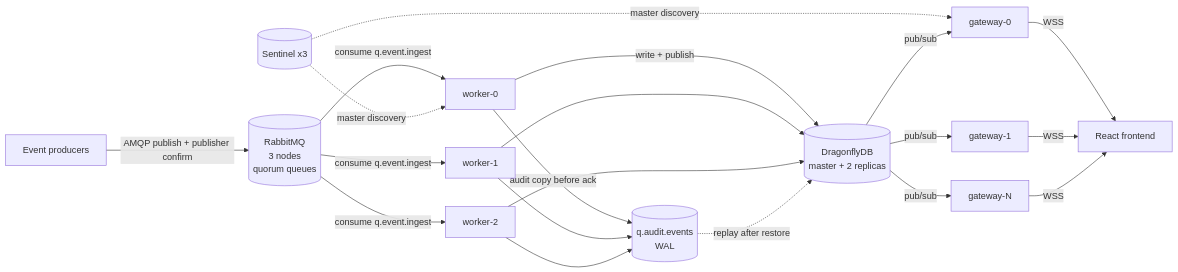
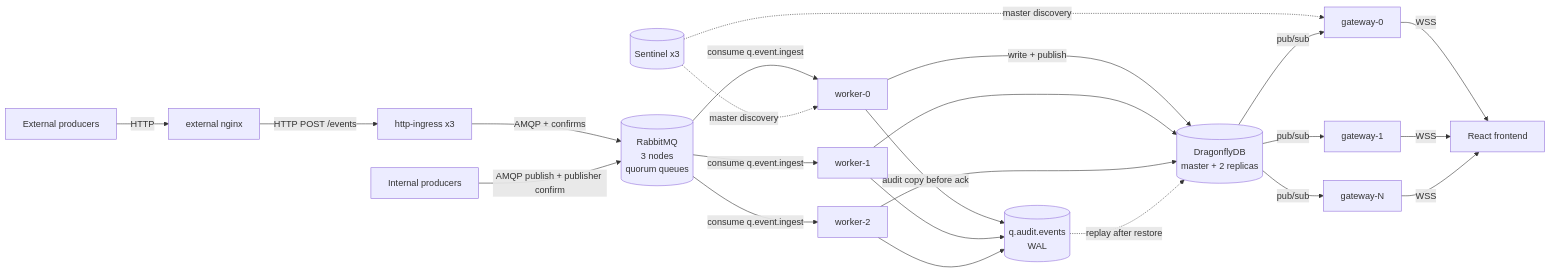
The diagram in docs/architecture.md (cucumberone/fire-watch), drawn with Mermaid before and after one commit. The commit also changed other lines of this file and 102 other files, not shown here.

Commit message:
added event ingress handler

````diff
--- a/docs/architecture.md
+++ b/docs/architecture.md
@@ -34,23 +35,26 @@
 ```mermaid
 flowchart LR
-  P[Event producers] -->|AMQP publish + publisher confirm| RMQ[(RabbitMQ<br/>3 nodes<br/>quorum queues)]
+  EXT[External producers] -->|HTTP| NGX[external nginx]
+  NGX -->|HTTP POST /events| ING[http-ingress x3]
+  ING -->|AMQP + confirms| RMQ[(RabbitMQ<br/>3 nodes<br/>quorum queues)]
+  P[Internal producers] -->|AMQP publish + publisher confirm| RMQ
   RMQ -->|consume q.event.ingest| W1[worker-0]
   RMQ -->|consume q.event.ingest| W2[worker-1]
   RMQ -->|consume q.event.ingest| W3[worker-2]
   W1 -->|write + publish| DF
   W2 --> DF
   W3 --> DF
   W1 -->|audit copy before ack| AUD[(q.audit.events<br/>WAL)]
   W2 --> AUD
   W3 --> AUD
   AUD -.->|replay after restore| DF
   DF[(DragonflyDB<br/>master + 2 replicas)]
   S[(Sentinel x3)] -.->|master discovery| W1
   S -.->|master discovery| G1
   DF -->|pub/sub| G1[gateway-0]
   DF -->|pub/sub| G2[gateway-1]
   DF -->|pub/sub| GN[gateway-N]
   G1 -->|WSS| FE[React frontend]
   G2 -->|WSS| FE
   GN -->|WSS| FE
 ```
````
